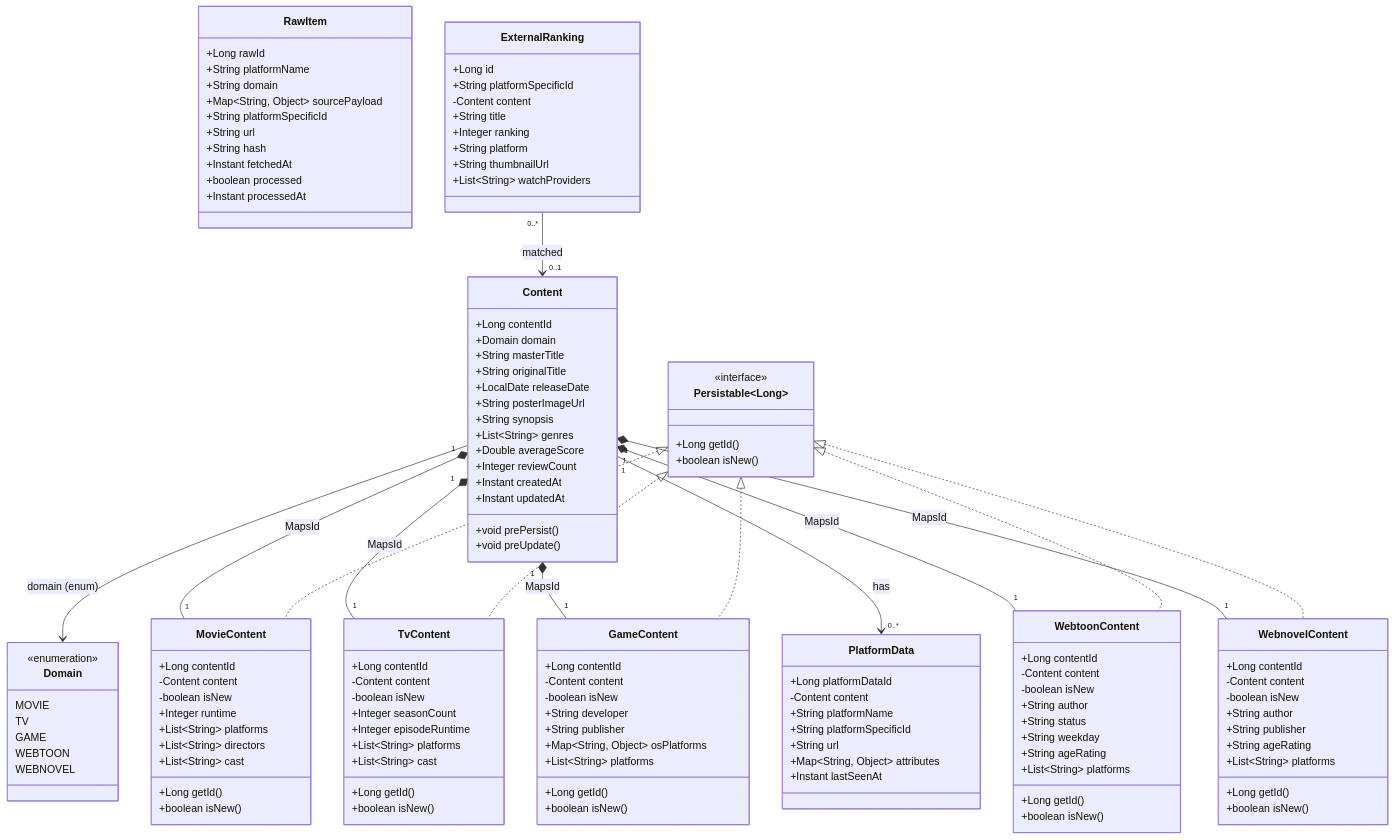
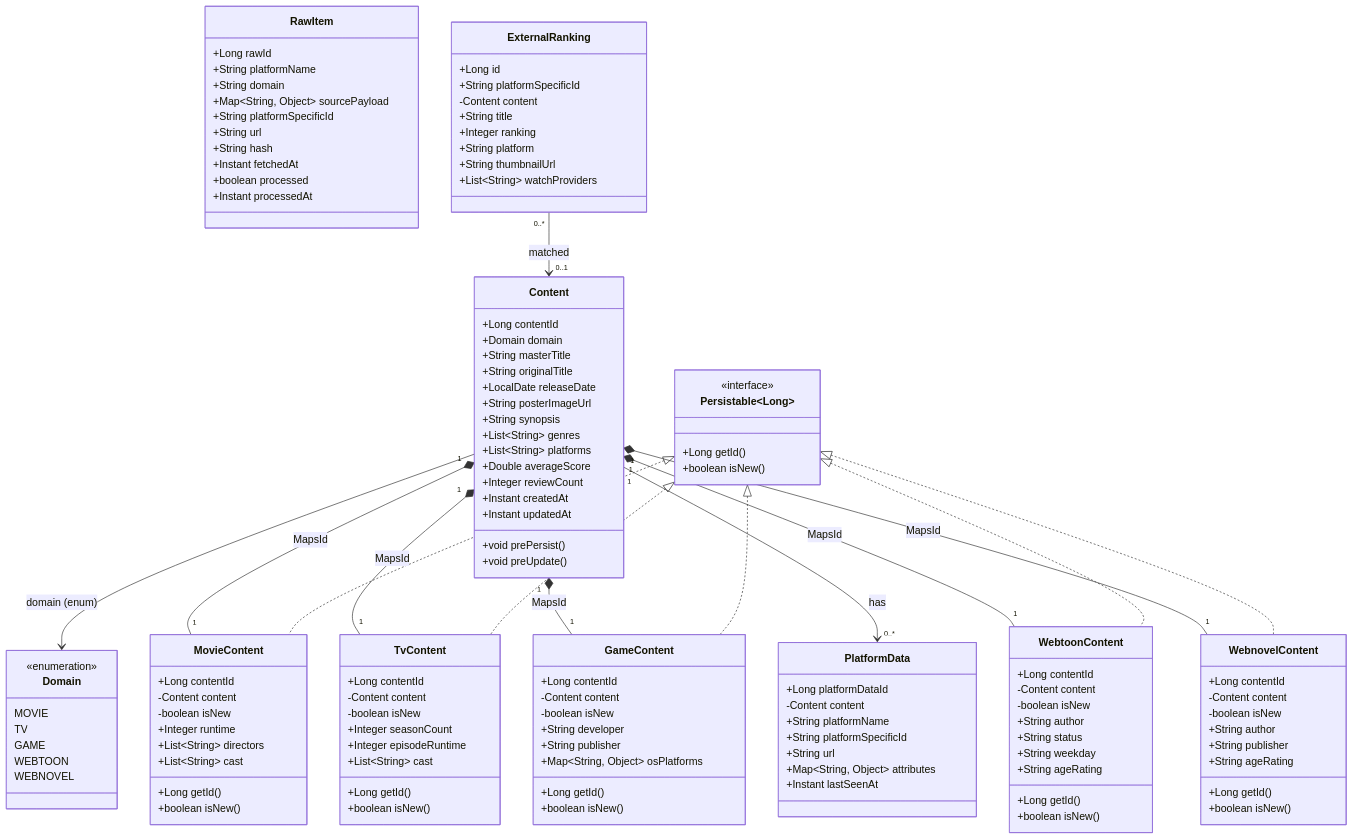
One commit to AOD-All-of-Dopamine/-AOD-All-of-Dopamine-back changed the first of 6 diagrams in docs/6_CLASS_DIAGRAMS.md. Above: the diagram before and after it, drawn with Mermaid. The commit also changed other lines of this file and 22 other files, not shown here.

First line of the commit message:
refactor(schema)!: promote platforms from domain tables to contents master

```diff
--- a/docs/6_CLASS_DIAGRAMS.md
+++ b/docs/6_CLASS_DIAGRAMS.md
@@ -29,6 +29,7 @@
         +String posterImageUrl
         +String synopsis
         +List~String~ genres
+        +List~String~ platforms
         +Double averageScore
         +Integer reviewCount
         +Instant createdAt
@@ -57,7 +58,6 @@
         -Content content
         -boolean isNew
         +Integer runtime
-        +List~String~ platforms
         +List~String~ directors
         +List~String~ cast
         +Long getId()
@@ -70,7 +70,6 @@
         -boolean isNew
         +Integer seasonCount
         +Integer episodeRuntime
-        +List~String~ platforms
         +List~String~ cast
         +Long getId()
         +boolean isNew()
@@ -83,7 +82,6 @@
         +String developer
         +String publisher
         +Map~String, Object~ osPlatforms
-        +List~String~ platforms
         +Long getId()
         +boolean isNew()
     }
@@ -96,7 +94,6 @@
         +String status
         +String weekday
         +String ageRating
-        +List~String~ platforms
         +Long getId()
         +boolean isNew()
     }
@@ -108,7 +105,6 @@
         +String author
         +String publisher
         +String ageRating
-        +List~String~ platforms
         +Long getId()
         +boolean isNew()
     }
```
